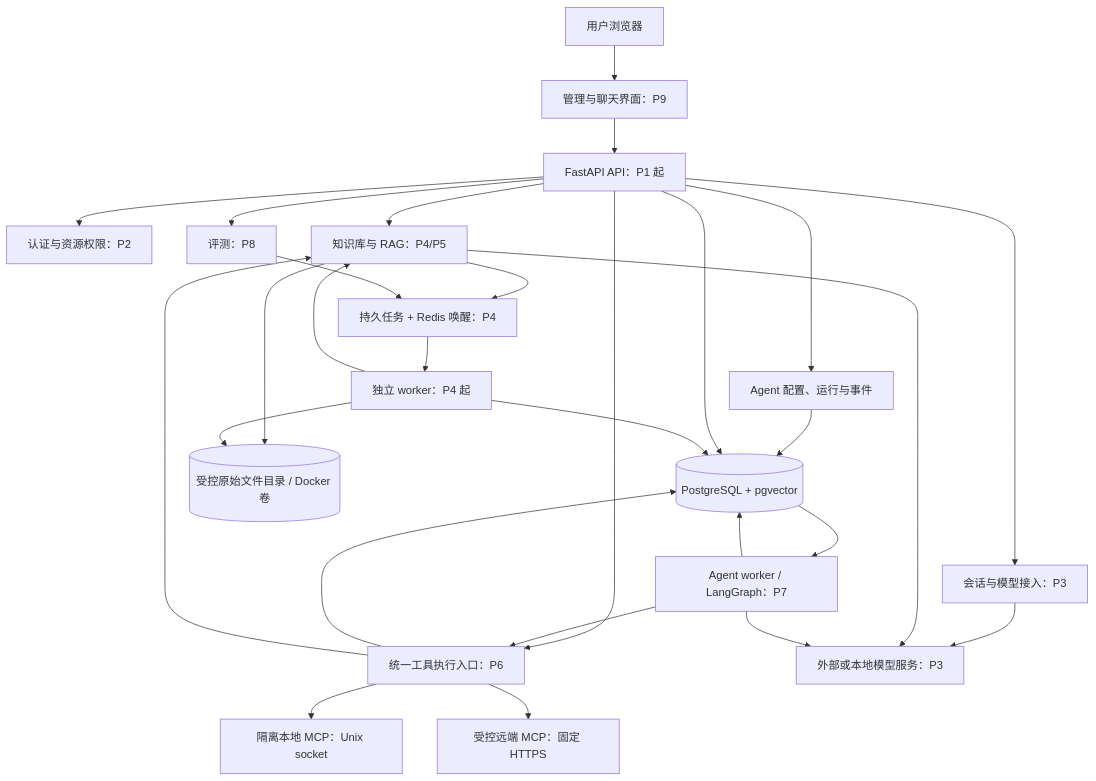
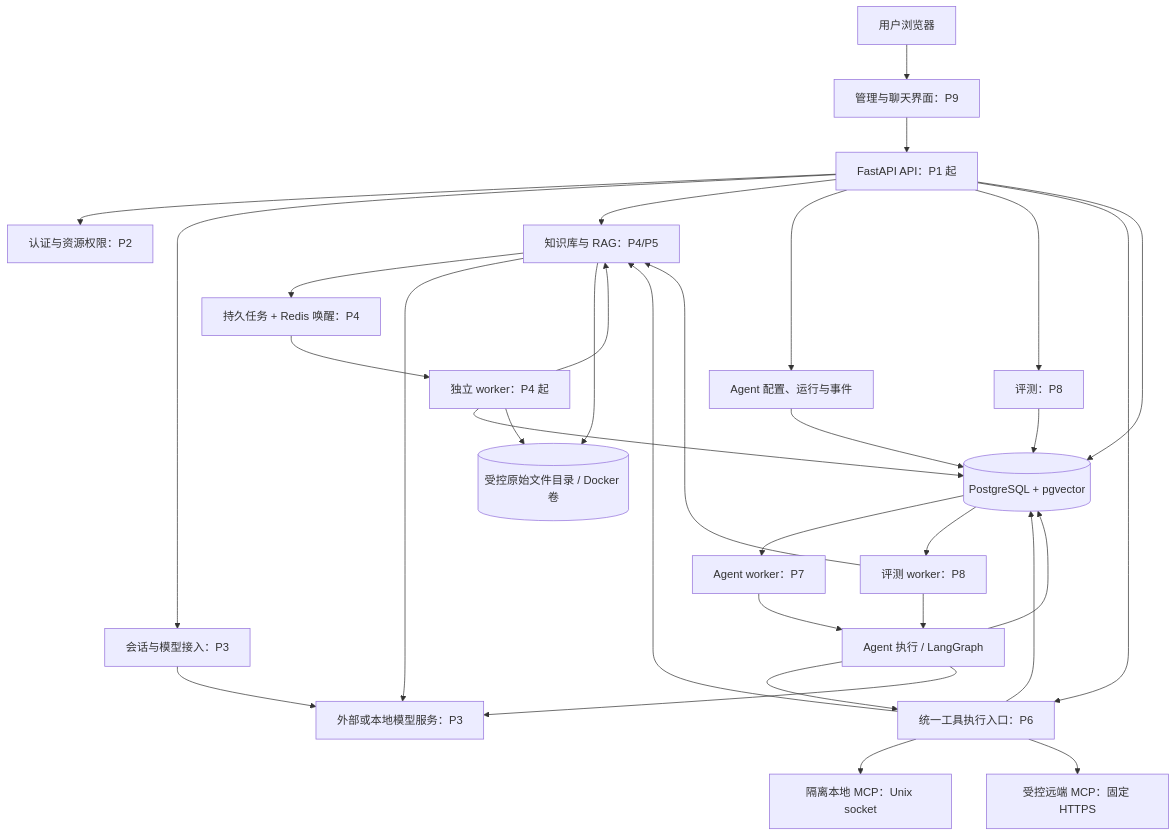
The diagram in docs/ARCHITECTURE.md (3351777344-bot/AgentHub), drawn with Mermaid before and after one commit. The commit also changed other lines of this file and 40 other files, not shown here.

````diff
--- a/docs/ARCHITECTURE.md
+++ b/docs/ARCHITECTURE.md
@@ -21,30 +21,34 @@
 ```mermaid
 flowchart TD
     U[用户浏览器] --> UI[管理与聊天界面：P9]
     UI --> API[FastAPI API：P1 起]
     API --> AUTH[认证与资源权限：P2]
     API --> CHAT[会话与模型接入：P3]
     API --> KB[知识库与 RAG：P4/P5]
     API --> RUN[Agent 配置、运行与事件]
     RUN --> PG
-    PG --> AG[Agent worker / LangGraph：P7]
+    PG --> AW[Agent worker：P7]
+    AW --> AG[Agent 执行 / LangGraph]
     API --> EV[评测：P8]
     API --> TOOL[统一工具执行入口：P6]
     KB --> JOB[持久任务 + Redis 唤醒：P4]
-    EV --> JOB
+    EV --> PG
+    PG --> EW[评测 worker：P8]
+    EW --> KB
+    EW --> AG
     JOB --> W[独立 worker：P4 起]
     W --> KB
     AG --> TOOL
     TOOL --> LOCAL[隔离本地 MCP：Unix socket]
     TOOL --> REMOTE[受控远端 MCP：固定 HTTPS]
     TOOL --> PG
     TOOL --> KB
     CHAT --> MODEL[外部或本地模型服务：P3]
     KB --> MODEL
     AG --> MODEL
     API --> PG[(PostgreSQL + pgvector)]
     W --> PG
     AG --> PG
     KB --> FILES[(受控原始文件目录 / Docker 卷)]
     W --> FILES
 ```
````
